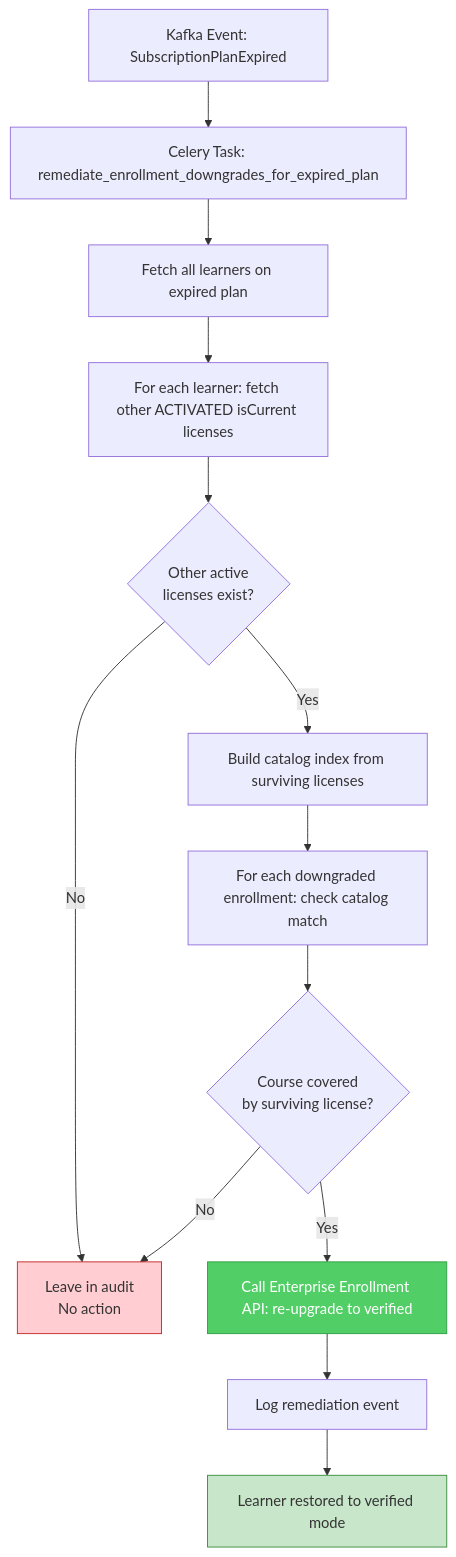
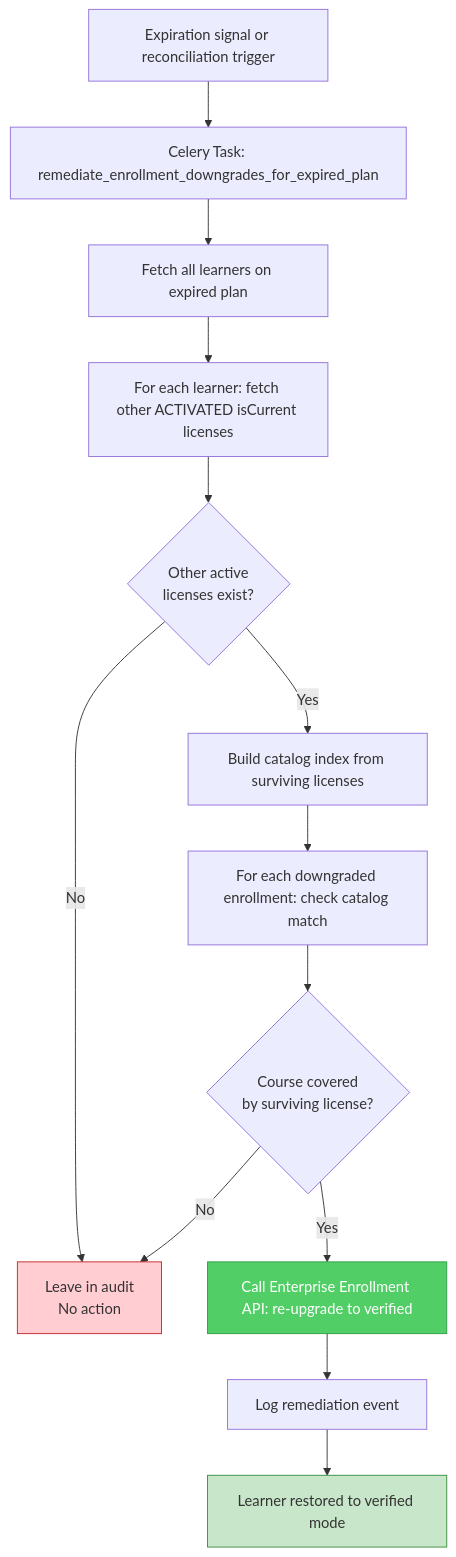
Before and after one commit to rgopalrao-sonata-png/documents: the sixth of 6 diagrams in update_multiplex_subscription_GPT5.4.md, drawn with Mermaid. The commit also changed other lines of this file, not shown here.

First line of the commit message:
Revise license selection and enrollment attribution process

````diff
--- a/update_multiplex_subscription_GPT5.4.md
+++ b/update_multiplex_subscription_GPT5.4.md
@@ -1445,19 +1465,19 @@
 ```mermaid
 flowchart TD
-    A[Kafka Event: SubscriptionPlanExpired] --> B[Celery Task: remediate_enrollment_downgrades_for_expired_plan]
+  A[Expiration signal or reconciliation trigger] --> B[Celery Task: remediate_enrollment_downgrades_for_expired_plan]
     B --> C[Fetch all learners on expired plan]
     C --> D[For each learner: fetch other ACTIVATED isCurrent licenses]
   D --> E{Other active<br/>licenses exist?}
   E -->|No| F[Leave in audit<br/>No action]
     E -->|Yes| G[Build catalog index from surviving licenses]
     G --> H[For each downgraded enrollment: check catalog match]
   H --> I{Course covered<br/>by surviving license?}
     I -->|No| F
     I -->|Yes| J[Call Enterprise Enrollment API: re-upgrade to verified]
     J --> K[Log remediation event]
     K --> L[Learner restored to verified mode]
 
     style J fill:#51cf66,stroke:#2f9e44,color:#fff
     style L fill:#c8e6c9,stroke:#388e3c
     style F fill:#ffcdd2,stroke:#c62828
 ```
````
